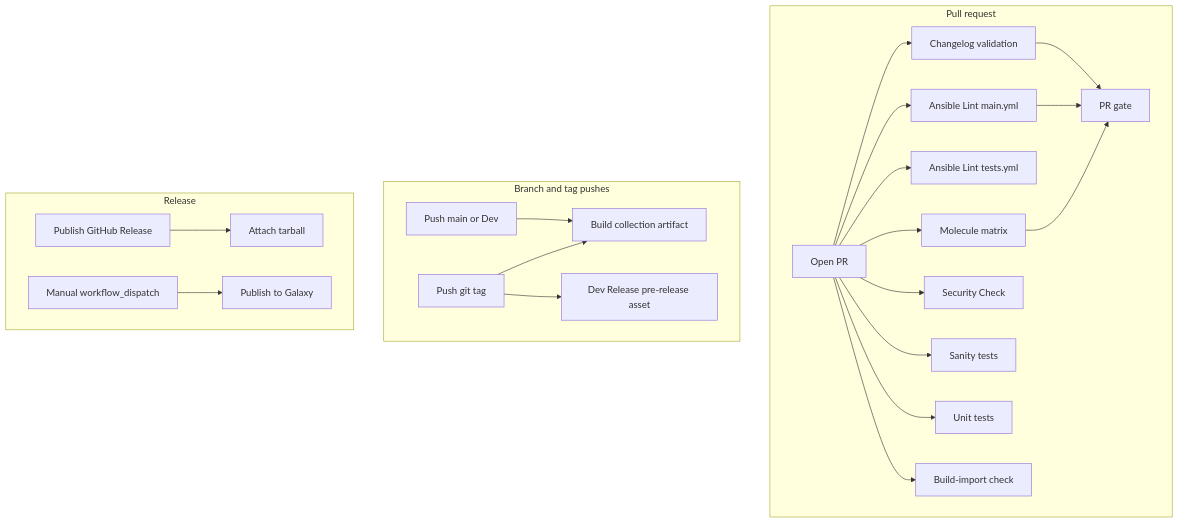
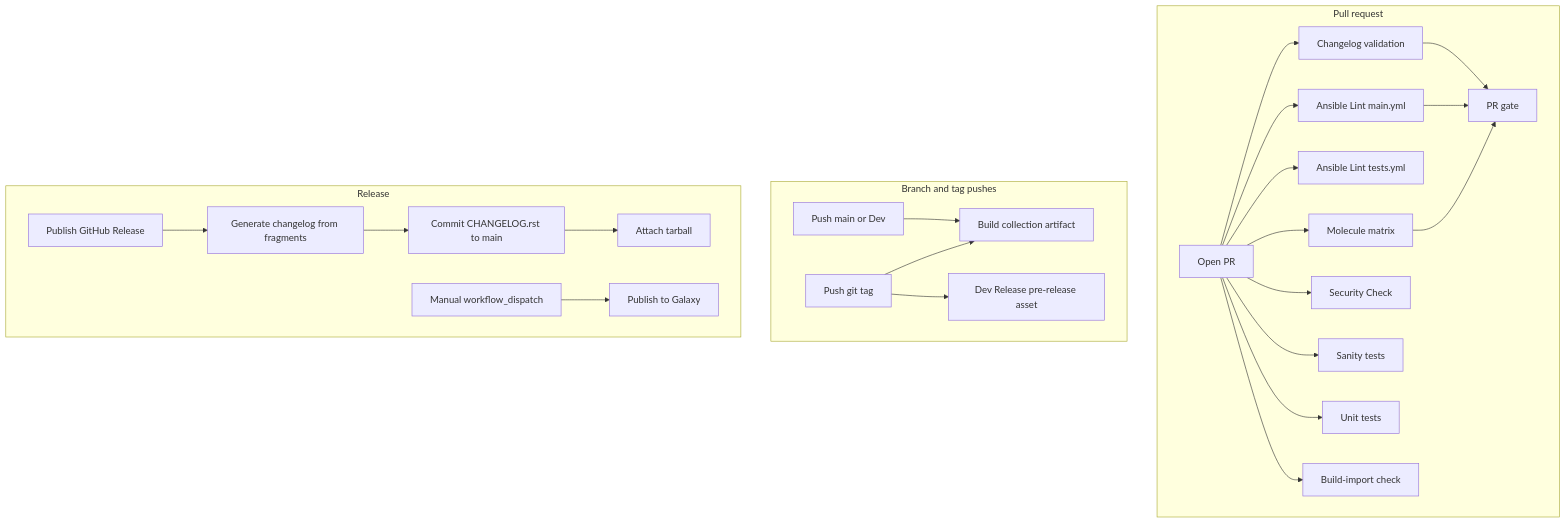
The first of 2 diagrams in .github/README.md (Automation-Development-Office/ado), drawn with Mermaid before and after one commit. The commit also changed other lines of this file and 3 other files, not shown here.

Commit message:
Enhance release workflow by integrating a changelog generation step that compiles fragments into `CHANGELOG.rst` during GitHub Releases. Update README.md to reflect changes in release PR requirements and clarify the automatic changelog compilation process.

````diff
--- a/.github/README.md
+++ b/.github/README.md
@@ -85,27 +86,29 @@
 ```mermaid
 flowchart TD
   subgraph prFlow [Pull request]
     prOpen[Open PR] --> changelog[Changelog validation]
     prOpen --> lintMain[Ansible Lint main.yml]
     prOpen --> lintTests[Ansible Lint tests.yml]
     prOpen --> molecule[Molecule matrix]
     prOpen --> securityPR[Security Check]
     prOpen --> sanity[Sanity tests]
     prOpen --> unit[Unit tests]
     prOpen --> buildImport[Build-import check]
     changelog --> prGate[PR gate]
     lintMain --> prGate
     molecule --> prGate
   end
 
   subgraph branchFlow [Branch and tag pushes]
     pushMain[Push main or Dev] --> buildArtifact[Build collection artifact]
     tagPush[Push git tag] --> buildArtifact
     tagPush --> devRelease[Dev Release pre-release asset]
   end
 
   subgraph releaseFlow [Release]
-    publishGH[Publish GitHub Release] --> attachAsset[Attach tarball]
+    publishGH[Publish GitHub Release] --> generateChangelog[Generate changelog from fragments]
+    generateChangelog --> commitMain[Commit CHANGELOG.rst to main]
+    commitMain --> attachAsset[Attach tarball]
     manualGalaxy[Manual workflow_dispatch] --> galaxyPublish[Publish to Galaxy]
   end
 ```
````
